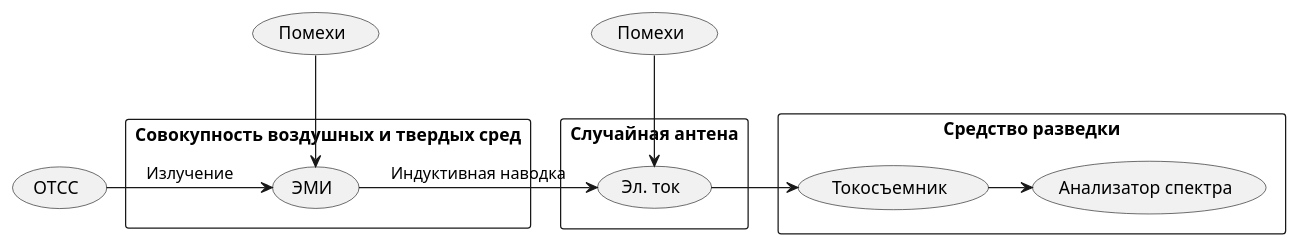
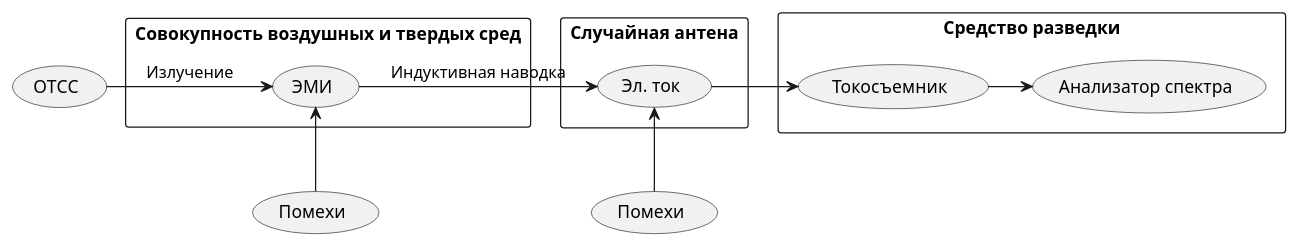
One commit to almkuznetsov/bmstu-kb changed the diagram in Заметки/Канал утечки за счет наводок ПЭМИ на случайные антенны.md. Above: the diagram before and after it, drawn with PlantUML. The commit also changed 19 other files, not shown here.

````diff
--- a/Заметки/Канал утечки за счет наводок ПЭМИ на случайные антенны.md
+++ b/Заметки/Канал утечки за счет наводок ПЭМИ на случайные антенны.md
@@ -2,23 +2,23 @@
 ```plantuml
 @startuml
 usecase "ОТСС" as OTCC
 rectangle "Совокупность воздушных и твердых сред" {
     usecase "ЭМИ" as EMI
 }
 OTCC -> (EMI) : Излучение
 rectangle "Случайная антена" {
     usecase "Эл. ток" as El.tok
 }
 EMI -> (El.tok) : Индуктивная наводка
 rectangle "Cредство разведки" {
 usecase "Токосъемник" as Tokosem
 usecase "Анализатор спектра" as AS
 }
 El.tok -> Tokosem
 Tokosem -> AS
 usecase "Помехи" as Pomehi1
-Pomehi1 -down-> EMI
+Pomehi1 -up-> EMI
 usecase "Помехи" as Pomehi2
-Pomehi2 -down-> El.tok
+Pomehi2 -up-> El.tok
 @enduml
 ```
````
